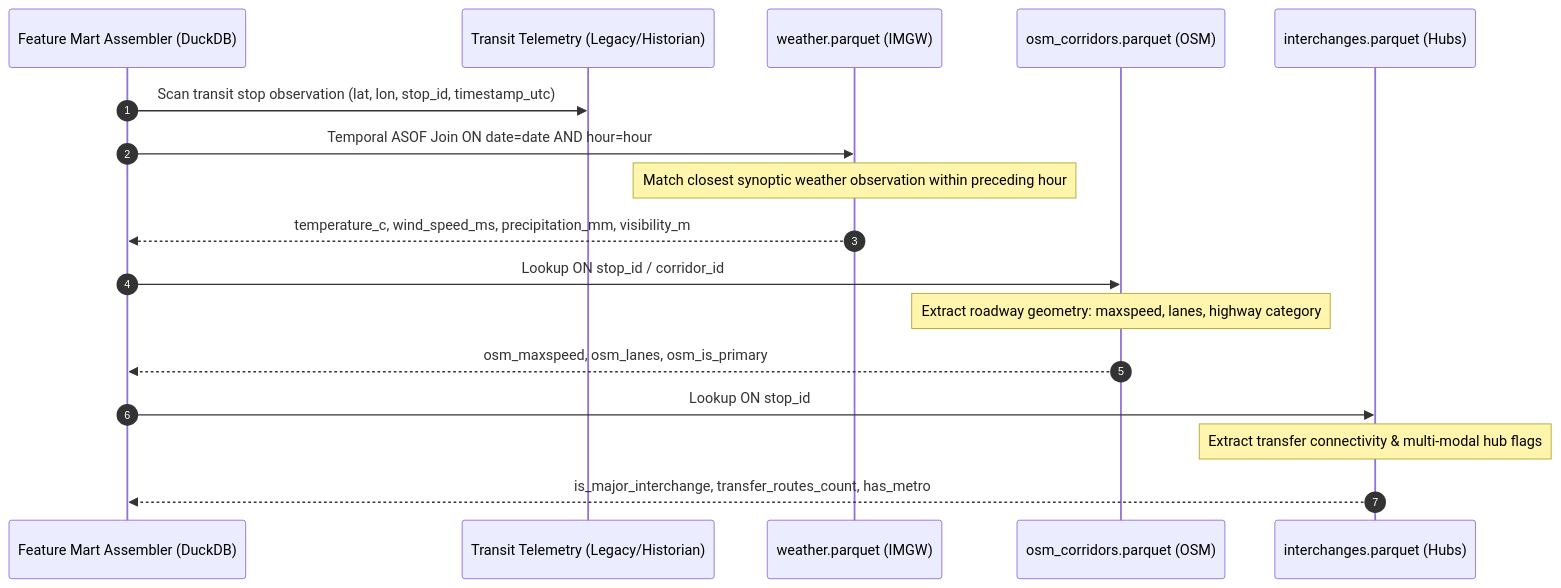
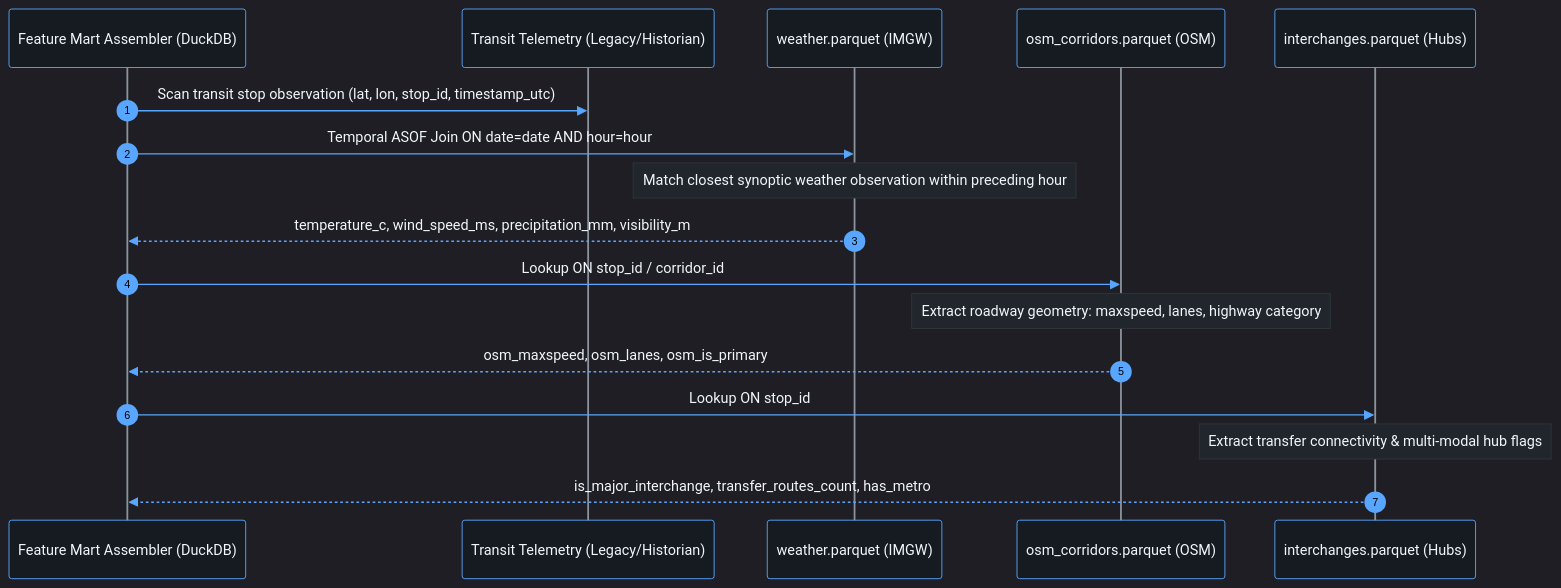
Before and after one commit to giangh14cqt/warsaw-public-transport-monitor: the second of 2 diagrams in architect/data_processing/exogenous_enrichment.md, drawn with Mermaid. The commit also changed other lines of this file and 9 other files, not shown here.

First line of the commit message:
style(architect): optimize all Mermaid diagrams for GitHub dark theme readability

````diff
--- a/architect/data_processing/exogenous_enrichment.md
+++ b/architect/data_processing/exogenous_enrichment.md
@@ -67,22 +92,36 @@
 ```mermaid
+%%{init: {
+  'theme': 'dark',
+  'themeVariables': {
+    'actorBkg': '#161b22',
+    'actorBorder': '#58a6ff',
+    'actorTextColor': '#f0f6fc',
+    'actorLineColor': '#8b949e',
+    'signalColor': '#58a6ff',
+    'signalTextColor': '#f0f6fc',
+    'noteBkgColor': '#21262d',
+    'noteBorderColor': '#30363d',
+    'noteTextColor': '#f0f6fc'
+  }
+}}%%
 sequenceDiagram
     autonumber
     participant FM as Feature Mart Assembler (DuckDB)
     participant T as Transit Telemetry (Legacy/Historian)
     participant W as weather.parquet (IMGW)
     participant O as osm_corridors.parquet (OSM)
     participant H as interchanges.parquet (Hubs)
 
     FM->>T: Scan transit stop observation (lat, lon, stop_id, timestamp_utc)
     FM->>W: Temporal ASOF Join ON date=date AND hour=hour
     Note over W: Match closest synoptic weather observation within preceding hour
     W-->>FM: temperature_c, wind_speed_ms, precipitation_mm, visibility_m
     
     FM->>O: Lookup ON stop_id / corridor_id
     Note over O: Extract roadway geometry: maxspeed, lanes, highway category
     O-->>FM: osm_maxspeed, osm_lanes, osm_is_primary
     
     FM->>H: Lookup ON stop_id
     Note over H: Extract transfer connectivity & multi-modal hub flags
     H-->>FM: is_major_interchange, transfer_routes_count, has_metro
 ```
````
